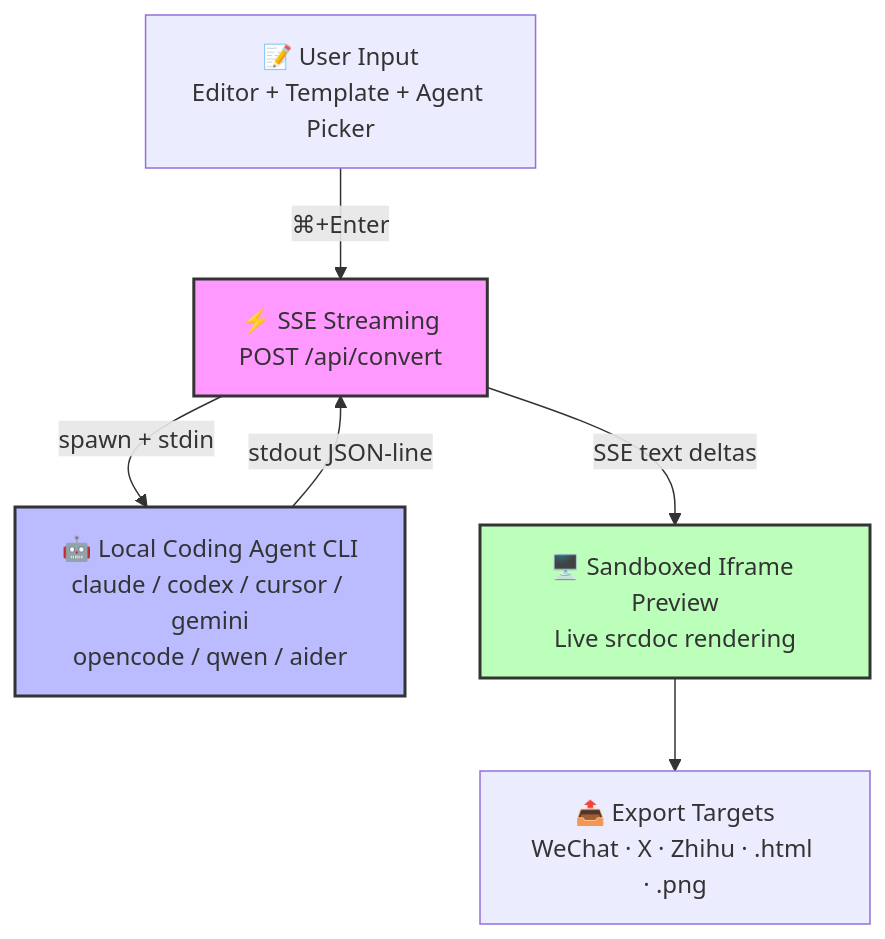
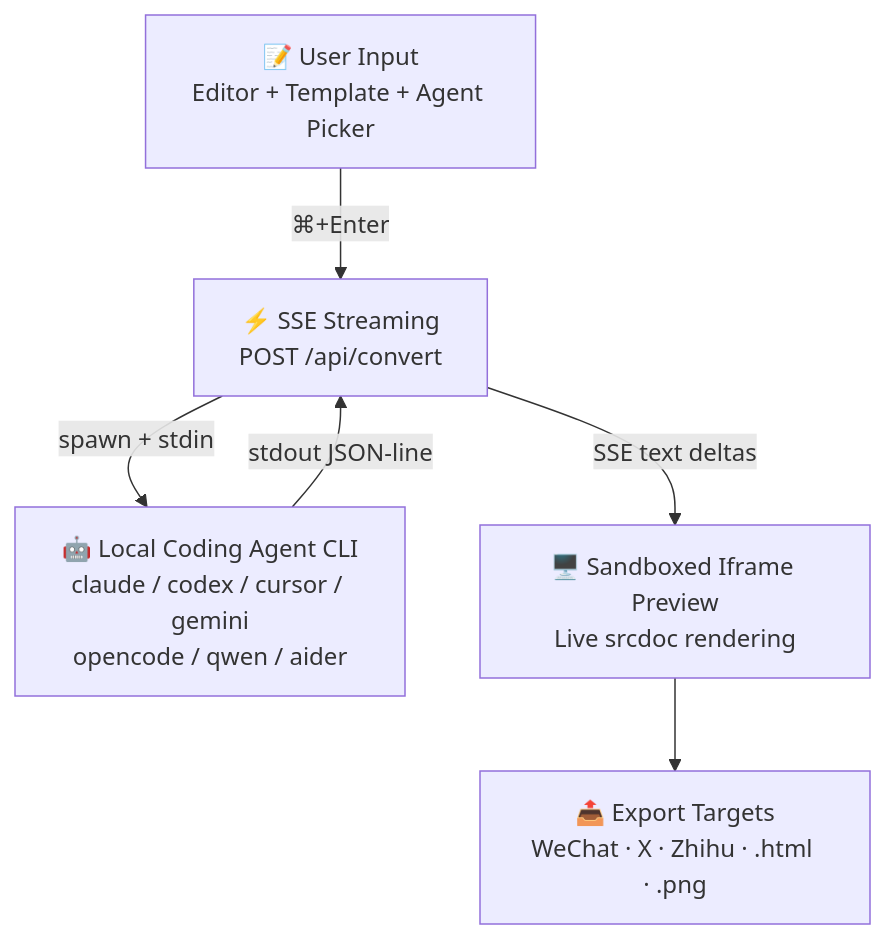
One commit to sdelrio/golden-forest changed the diagram in docs/Develop-Code/AI-Development/Workflows/html-anything.md. Above: the diagram before and after it, drawn with Mermaid. The commit also changed 19 other files, not shown here.

First line of the commit message:
feat(theme): add ink plate mermaid diagrams (#377)

````diff
--- a/docs/Develop-Code/AI-Development/Workflows/html-anything.md
+++ b/docs/Develop-Code/AI-Development/Workflows/html-anything.md
@@ -49,12 +49,10 @@
 ```mermaid
 flowchart TD
     A["📝 User Input\nEditor + Template + Agent Picker"] -->|"⌘+Enter"| B["⚡ SSE Streaming\nPOST /api/convert"]
     B -->|"spawn + stdin"| C["🤖 Local Coding Agent CLI\nclaude / codex / cursor / gemini\nopencode / qwen / aider"]
     C -->|"stdout JSON-line"| B
     B -->|"SSE text deltas"| D["🖥️ Sandboxed Iframe Preview\nLive srcdoc rendering"]
     D --> E["📤 Export Targets\nWeChat · X · Zhihu · .html · .png"]
 
-    style C fill:#bbf,stroke:#333,stroke-width:2px
-    style B fill:#f9f,stroke:#333,stroke-width:2px
-    style D fill:#bfb,stroke:#333,stroke-width:2px
+    class C highlight
 ```
````
